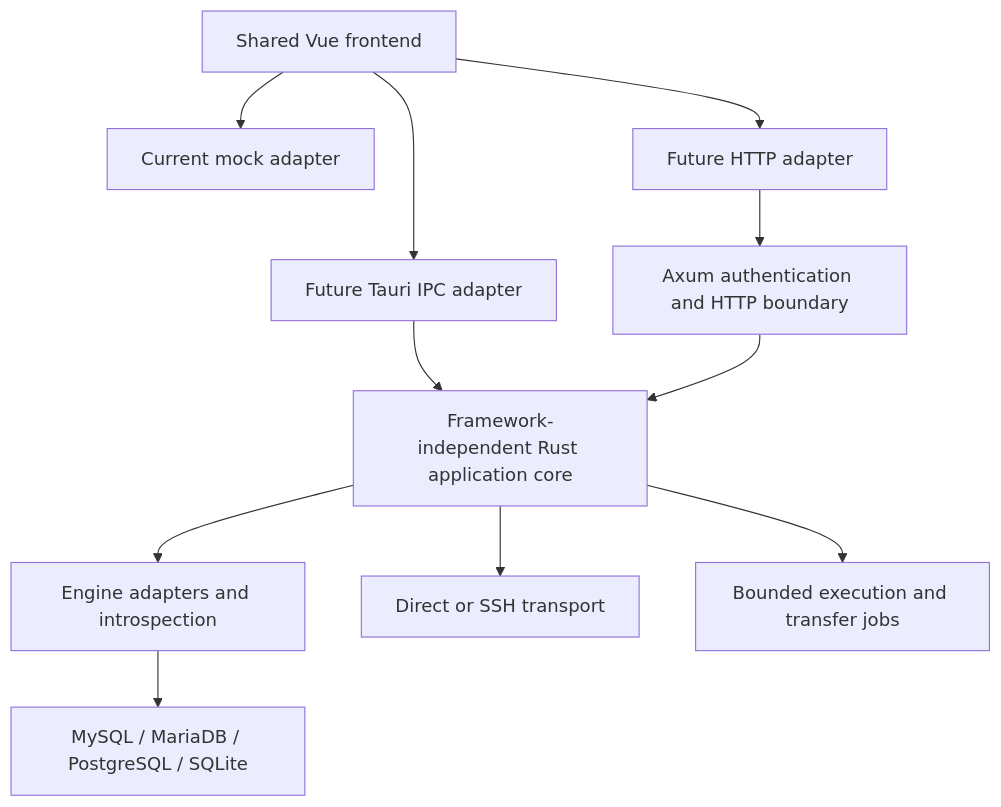
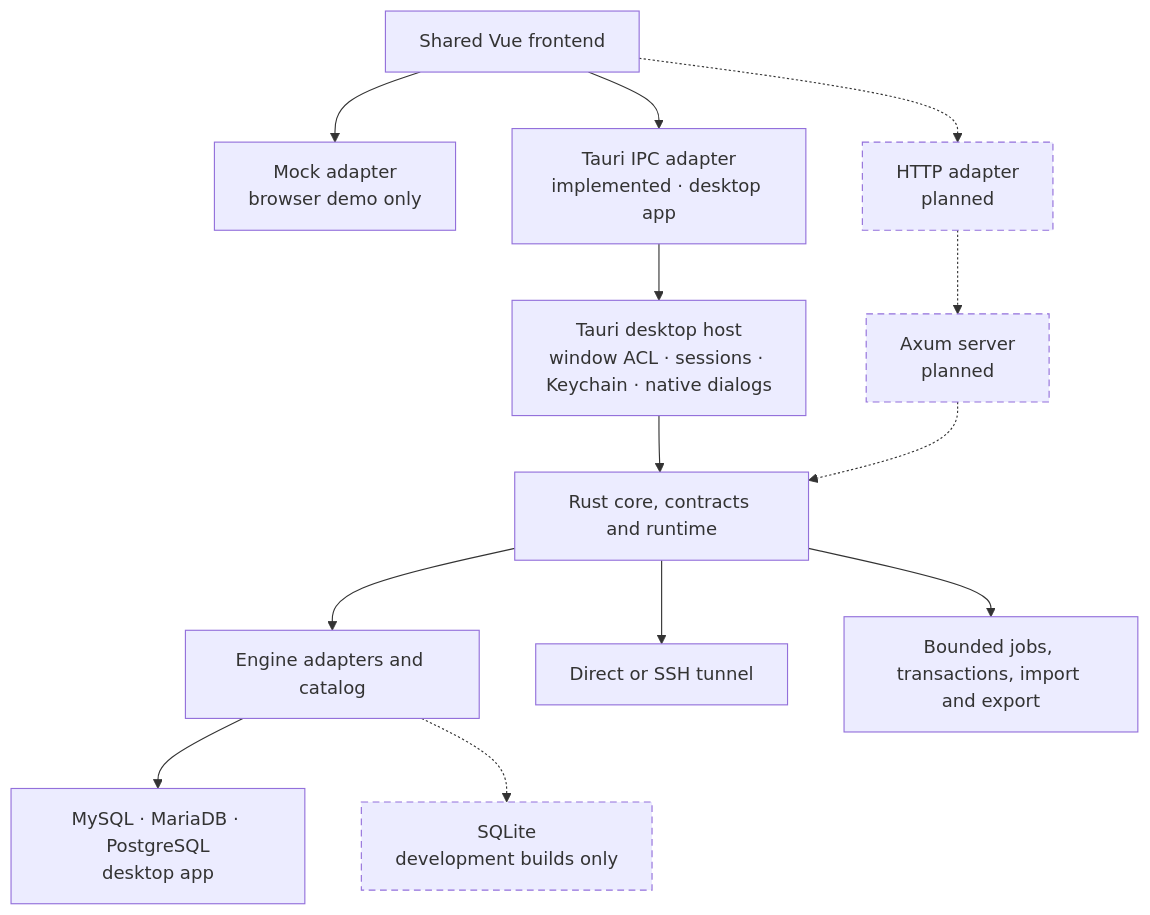
One commit to laranex/stoneql changed the diagram in docs/architecture/overview.md. Above: the diagram before and after it, drawn with Mermaid. The commit also changed other lines of this file and 23 other files, not shown here.

````diff
--- a/docs/architecture/overview.md
+++ b/docs/architecture/overview.md
@@ -11,13 +13,18 @@
 ```mermaid
 flowchart TB
-  Vue[Shared Vue frontend] --> Mock[Current mock adapter]
-  Vue --> IPC[Future Tauri IPC adapter]
-  Vue --> HTTP[Future HTTP adapter]
-  IPC --> Core[Framework-independent Rust application core]
-  HTTP --> Axum[Axum authentication and HTTP boundary]
-  Axum --> Core
-  Core --> DB[Engine adapters and introspection]
-  Core --> Transport[Direct or SSH transport]
-  Core --> Jobs[Bounded execution and transfer jobs]
-  DB --> Engines[MySQL / MariaDB / PostgreSQL / SQLite]
+  Vue[Shared Vue frontend]
+  Vue --> Mock[Mock adapter<br/>browser demo only]
+  Vue --> IPC[Tauri IPC adapter<br/>implemented · desktop app]
+  Vue -.-> HTTP[HTTP adapter<br/>planned]
+  IPC --> Host[Tauri desktop host<br/>window ACL · sessions · Keychain · native dialogs]
+  HTTP -.-> Axum[Axum server<br/>planned]
+  Host --> Core[Rust core, contracts and runtime]
+  Axum -.-> Core
+  Core --> DB[Engine adapters and catalog]
+  Core --> Transport[Direct or SSH tunnel]
+  Core --> Jobs[Bounded jobs, transactions, import and export]
+  DB --> Engines[MySQL · MariaDB · PostgreSQL<br/>desktop app]
+  DB -.-> SQLite[SQLite<br/>development builds only]
+  classDef planned stroke-dasharray: 6 4
+  class HTTP,Axum,SQLite planned
 ```
````
